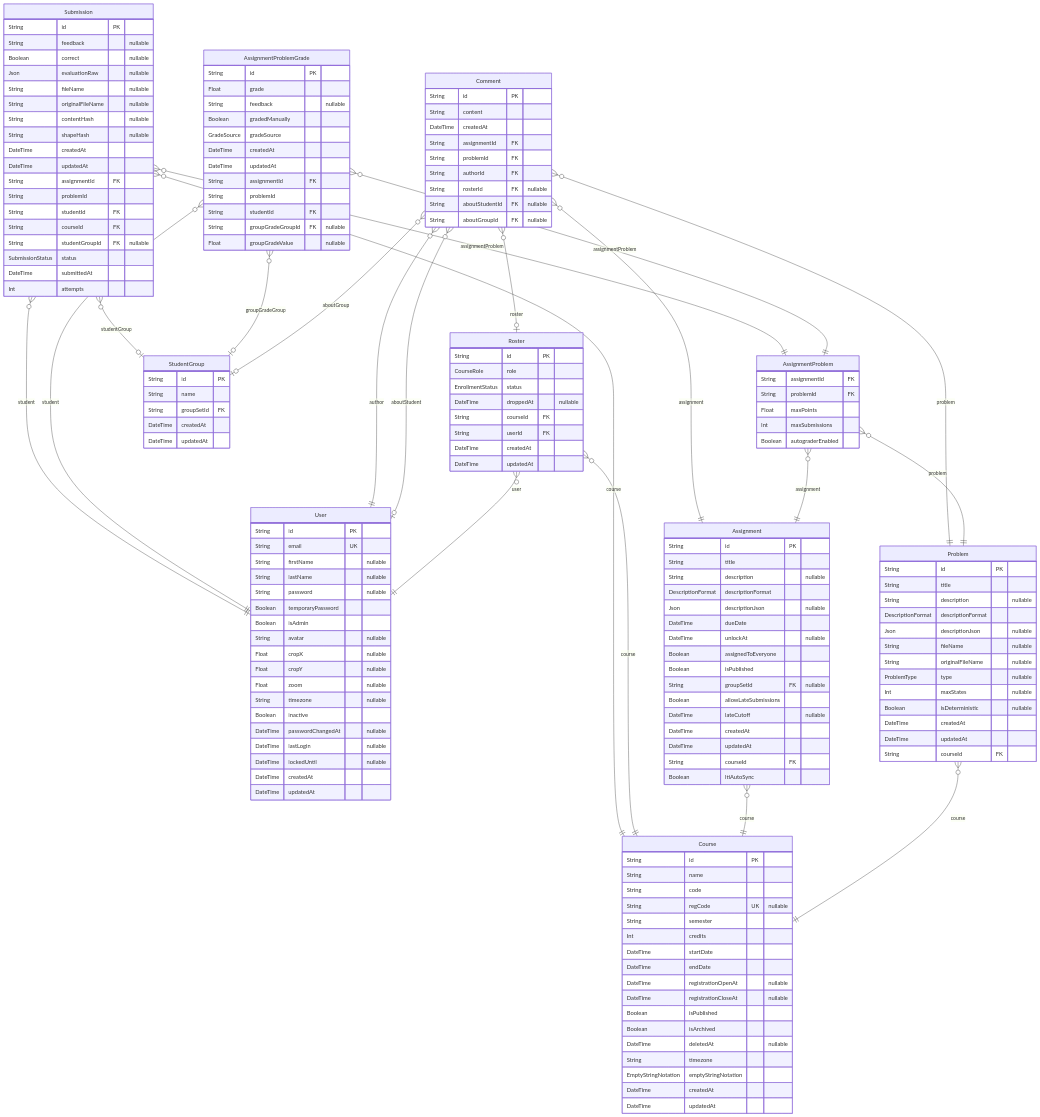
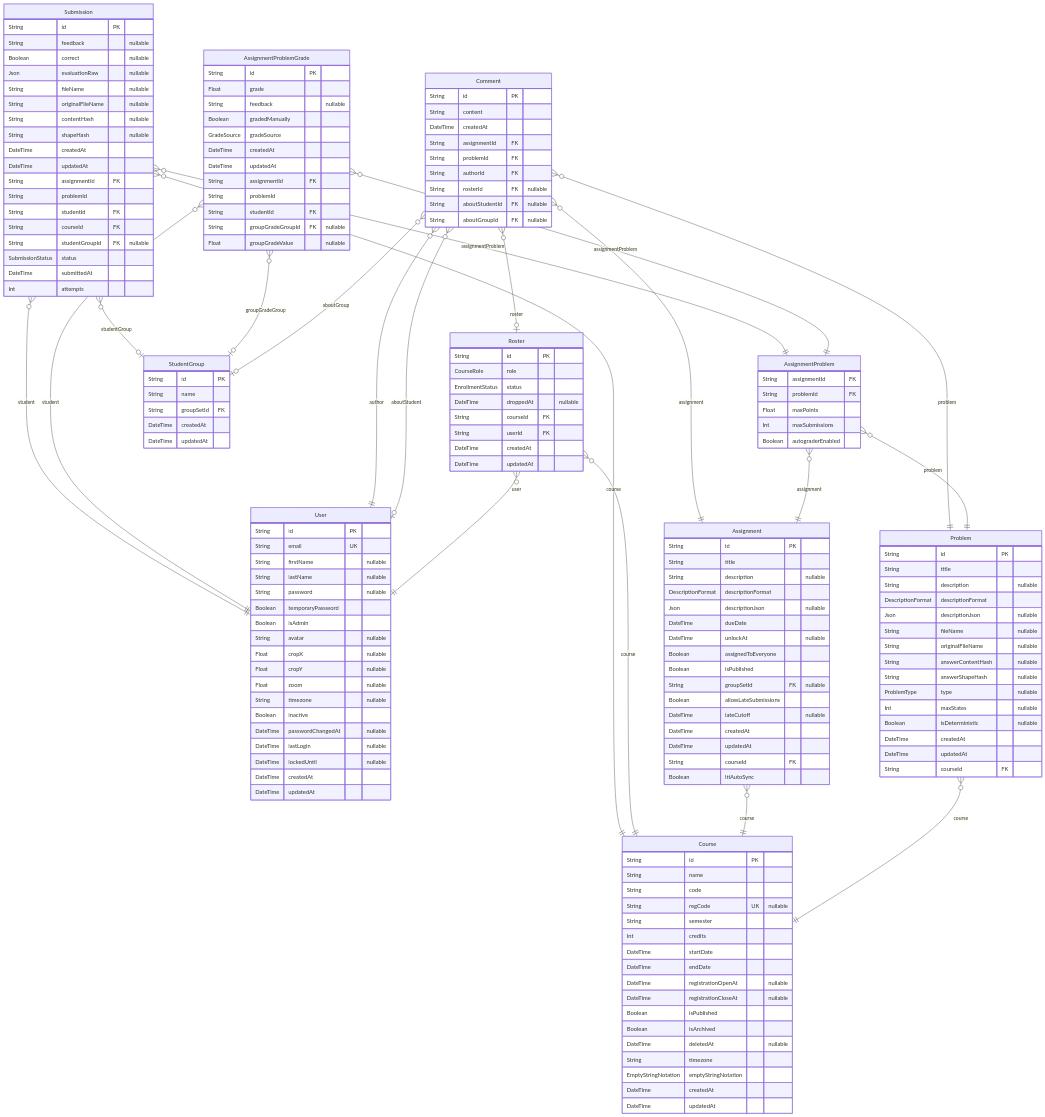
One commit to PennStateCS/AFCT changed the fourth of 5 diagrams in docs-site/docs/reference/database-schema.md. Above: the diagram before and after it, drawn with Mermaid. The commit also changed other lines of this file and 12 other files, not shown here.

```diff
--- a/docs-site/docs/reference/database-schema.md
+++ b/docs-site/docs/reference/database-schema.md
@@ -1149,6 +1156,8 @@
   Json descriptionJson "nullable"
   String fileName "nullable"
   String originalFileName "nullable"
+  String answerContentHash "nullable"
+  String answerShapeHash "nullable"
   ProblemType type "nullable"
   Int maxStates "nullable"
   Boolean isDeterministic "nullable"
```
